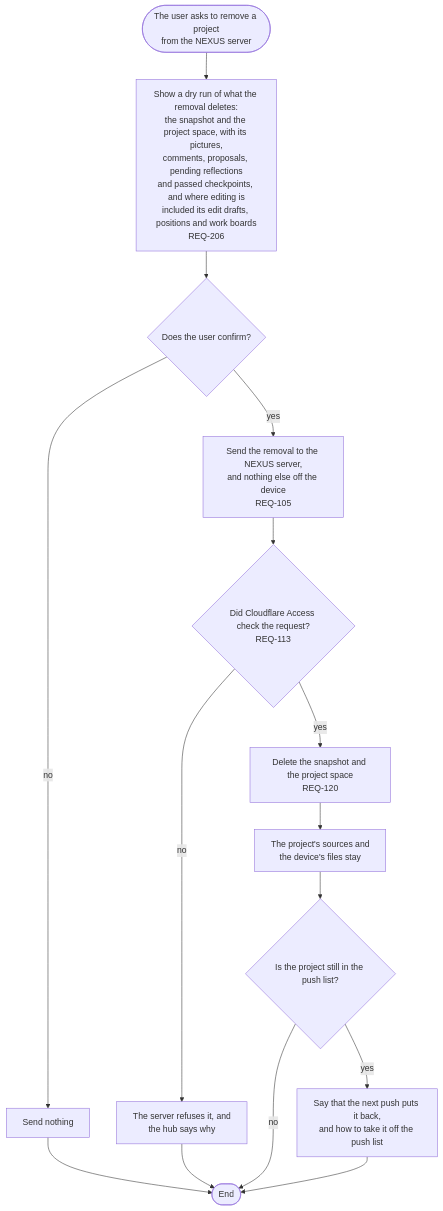
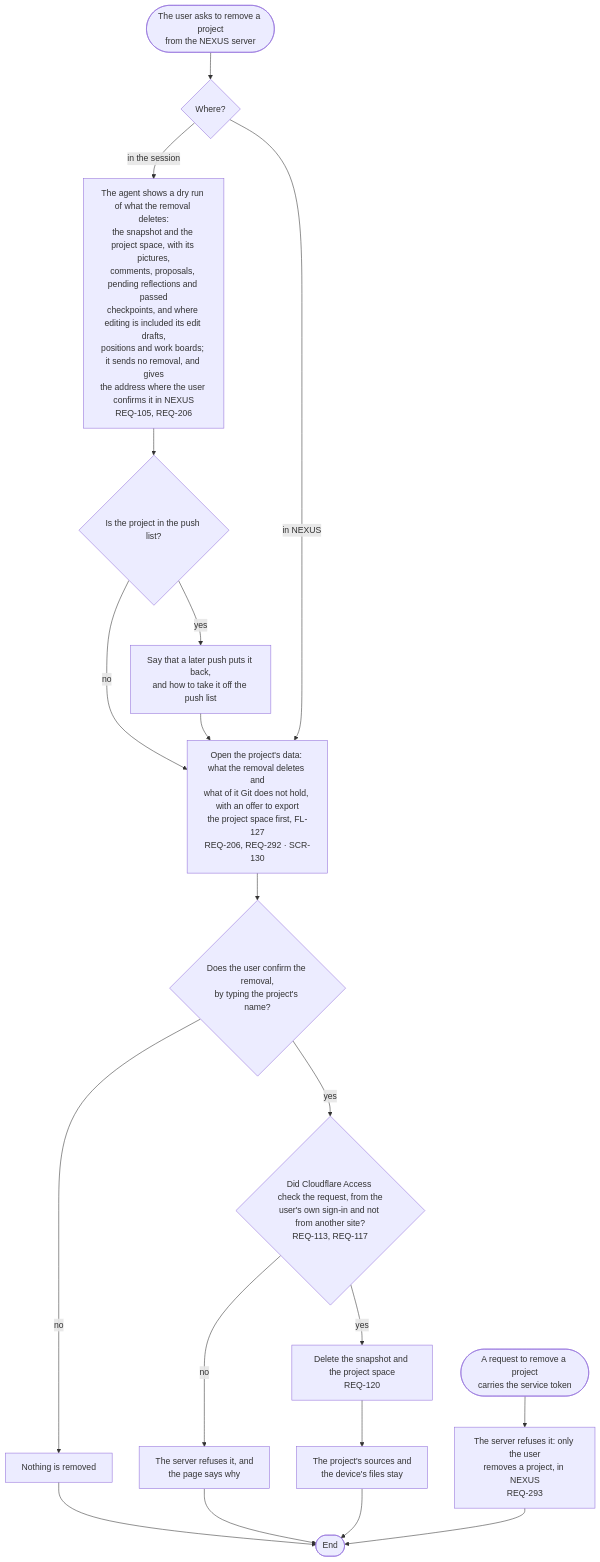
One commit to kodonghui/corthex-nexus changed the diagram in docs/03-user-flow/nexus/FL-114-remove-a-project.md. Above: the diagram before and after it, drawn with Mermaid. The commit also changed other lines of this file and 43 other files, not shown here.

````diff
--- a/docs/03-user-flow/nexus/FL-114-remove-a-project.md
+++ b/docs/03-user-flow/nexus/FL-114-remove-a-project.md
@@ -9,17 +9,21 @@
 ```mermaid
 flowchart TD
-  A(["The user asks to remove a project<br/>from the NEXUS server"]) --> B["Show a dry run of what the removal deletes:<br/>the snapshot and the project space, with its pictures,<br/>comments, proposals, pending reflections<br/>and passed checkpoints, and where editing is<br/>included its edit drafts, positions and work boards<br/>REQ-206"]
-  B --> C{"Does the user confirm?"}
-  C -->|no| C1["Send nothing"]
-  C1 --> Z(["End"])
-  C -->|yes| D["Send the removal to the NEXUS server,<br/>and nothing else off the device<br/>REQ-105"]
-  D --> E{"Did Cloudflare Access check the request?<br/>REQ-113"}
-  E -->|no| E1["The server refuses it, and<br/>the hub says why"]
+  A(["The user asks to remove a project<br/>from the NEXUS server"]) --> B{"Where?"}
+  B -->|in the session| B1["The agent shows a dry run of what the removal deletes:<br/>the snapshot and the project space, with its pictures,<br/>comments, proposals, pending reflections and passed<br/>checkpoints, and where editing is included its edit drafts,<br/>positions and work boards; it sends no removal, and gives<br/>the address where the user confirms it in NEXUS<br/>REQ-105, REQ-206"]
+  B1 --> B2{"Is the project in the push list?"}
+  B2 -->|yes| B3["Say that a later push puts it back,<br/>and how to take it off the push list"]
+  B2 -->|no| C
+  B3 --> C
+  B -->|in NEXUS| C["Open the project's data: what the removal deletes and<br/>what of it Git does not hold, with an offer to export<br/>the project space first, FL-127<br/>REQ-206, REQ-292 · SCR-130"]
+  C --> D{"Does the user confirm the removal,<br/>by typing the project's name?"}
+  D -->|no| D1["Nothing is removed"]
+  D1 --> Z(["End"])
+  D -->|yes| E{"Did Cloudflare Access check the request, from the<br/>user's own sign-in and not from another site?<br/>REQ-113, REQ-117"}
+  E -->|no| E1["The server refuses it, and<br/>the page says why"]
   E1 --> Z
   E -->|yes| F["Delete the snapshot and the project space<br/>REQ-120"]
   F --> G["The project's sources and<br/>the device's files stay"]
-  G --> H{"Is the project still in the push list?"}
-  H -->|yes| H1["Say that the next push puts it back,<br/>and how to take it off the push list"]
-  H -->|no| Z
-  H1 --> Z
+  G --> Z
+  X(["A request to remove a project<br/>carries the service token"]) --> X1["The server refuses it: only the user<br/>removes a project, in NEXUS<br/>REQ-293"]
+  X1 --> Z
 ```
````
